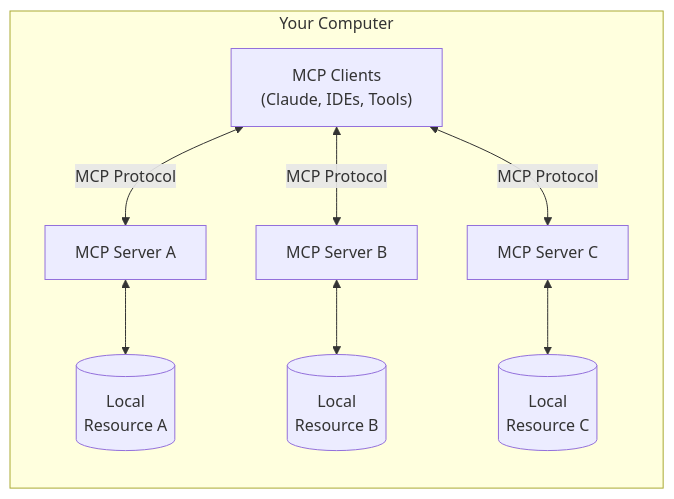
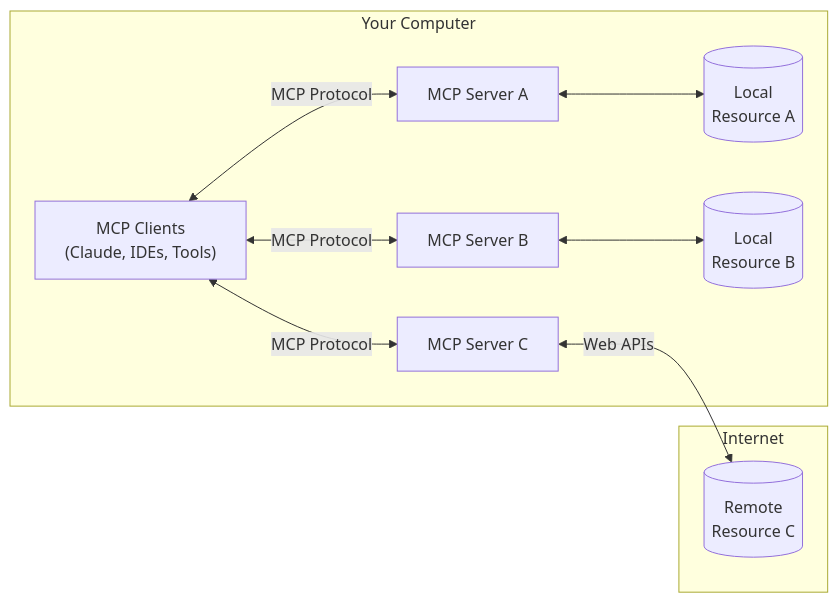
Before and after one commit to zcstarr/modelcontextprotocol: the first of 3 diagrams in quickstart.mdx, drawn with Mermaid. The commit also changed other lines of this file, not shown here.

````diff
--- a/quickstart.mdx
+++ b/quickstart.mdx
@@ -27,17 +27,20 @@
 ```mermaid
 flowchart LR
     subgraph "Your Computer"
         Client["MCP Clients\n(Claude, IDEs, Tools)"]
         S1["MCP Server A"]
         S2["MCP Server B"]
         S3["MCP Server C"]
         
         Client <-->|"MCP Protocol"| S1
         Client <-->|"MCP Protocol"| S2
         Client <-->|"MCP Protocol"| S3
         
         S1 <--> R1[("Local\nResource A")]
         S2 <--> R2[("Local\nResource B")]
-        S3 <--> R3[("Local\nResource C")]
+    end
+
+    subgraph "Internet"
+        S3 <-->|"Web APIs"| R3[("Remote\nResource C")]
     end
 ```
````
